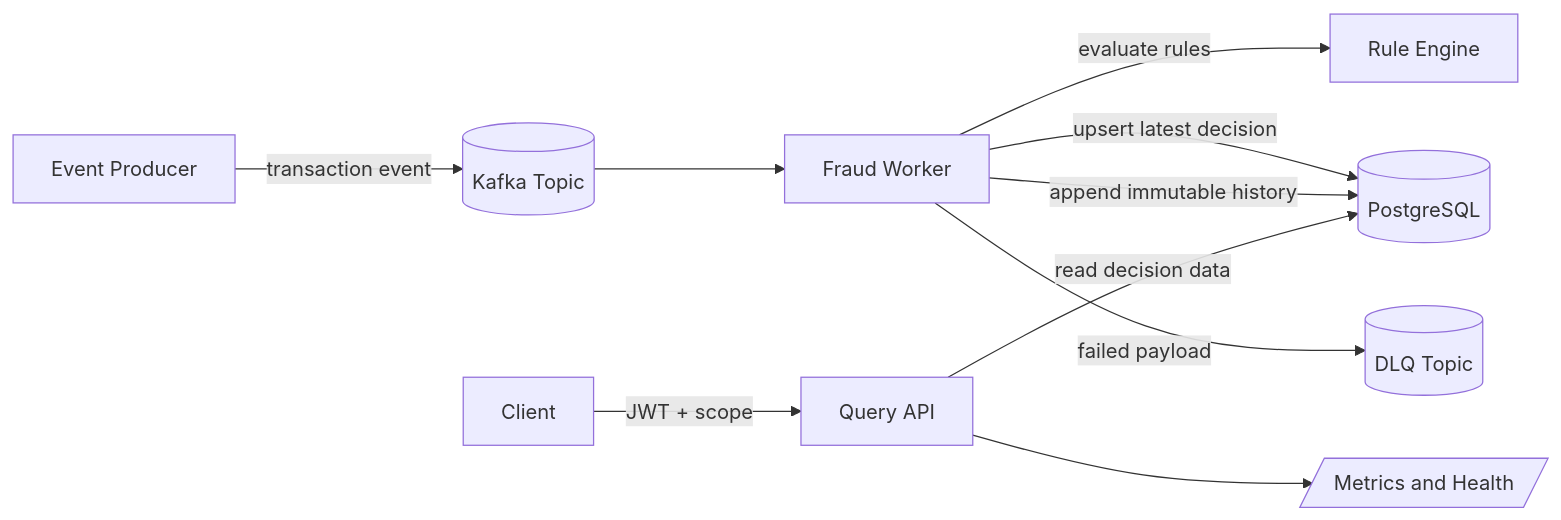
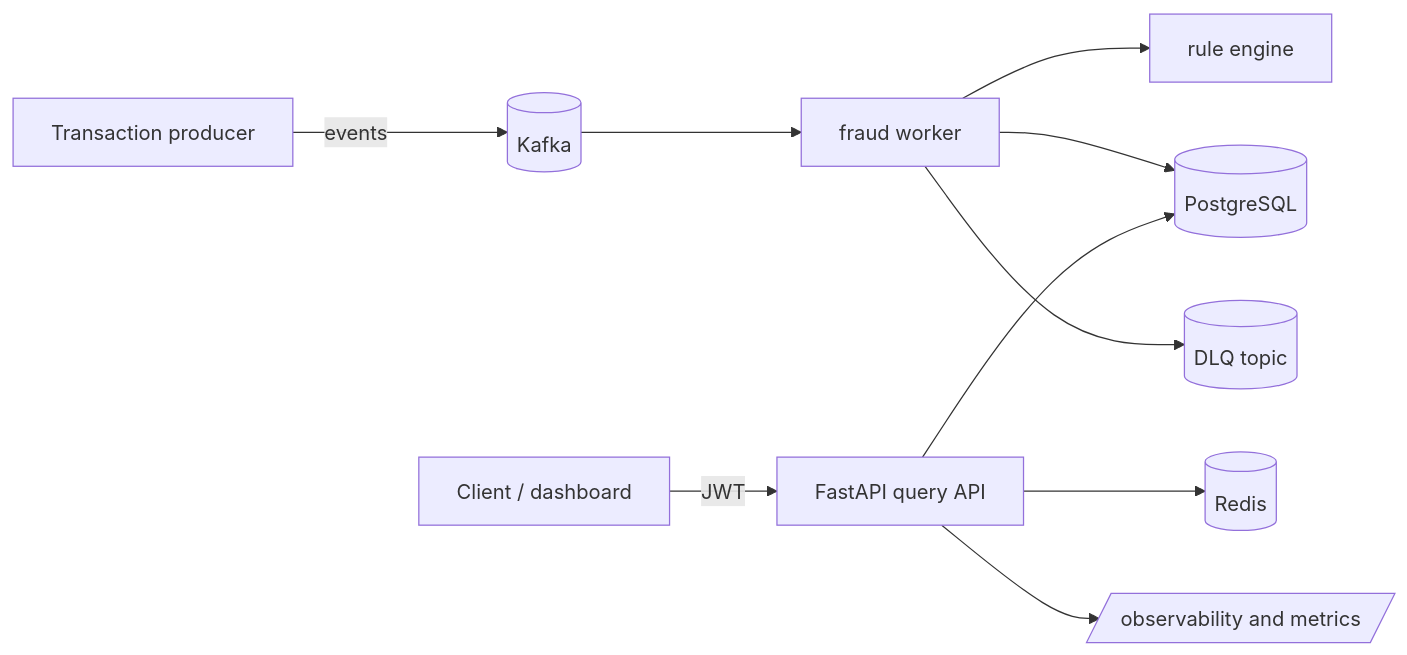
The diagram in README.md (Siyablela/fraud_detection), drawn with Mermaid before and after one commit. The commit also changed other lines of this file and 86 other files, not shown here.

````diff
--- a/README.md
+++ b/README.md
@@ -37,13 +15,13 @@
 ```mermaid
 flowchart LR
-    P[Event Producer] -->|transaction event| K[(Kafka Topic)]
-    K --> W[Fraud Worker]
-    W -->|evaluate rules| R[Rule Engine]
-    W -->|upsert latest decision| DB[(PostgreSQL)]
-    W -->|append immutable history| DB
-    W -->|failed payload| D[(DLQ Topic)]
+    Producer[Transaction producer] -->|events| Kafka[(Kafka)]
+    Kafka --> Worker[fraud worker]
+    Worker --> Rules[rule engine]
+    Worker --> Postgres[(PostgreSQL)]
+    Worker --> DLQ[(DLQ topic)]
 
-    C[Client] -->|JWT + scope| A[Query API]
-    A -->|read decision data| DB
-    A --> M[/Metrics and Health/]
+    Client[Client / dashboard] -->|JWT| API[FastAPI query API]
+    API --> Postgres
+    API --> Redis[(Redis)]
+    API --> Metrics[/observability and metrics/]
 ```
````
